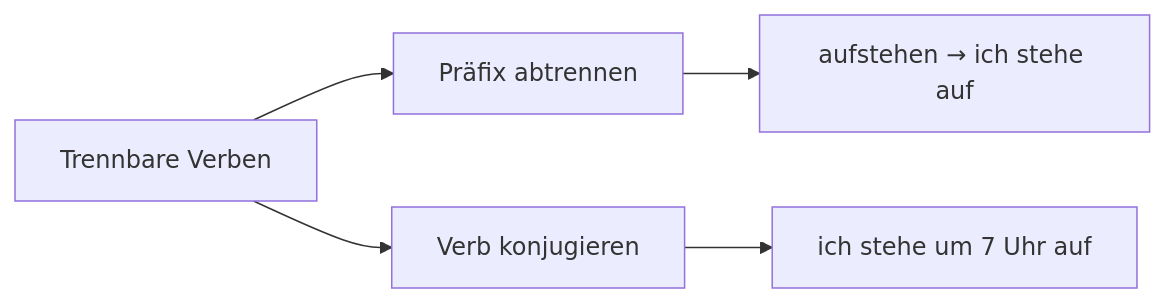
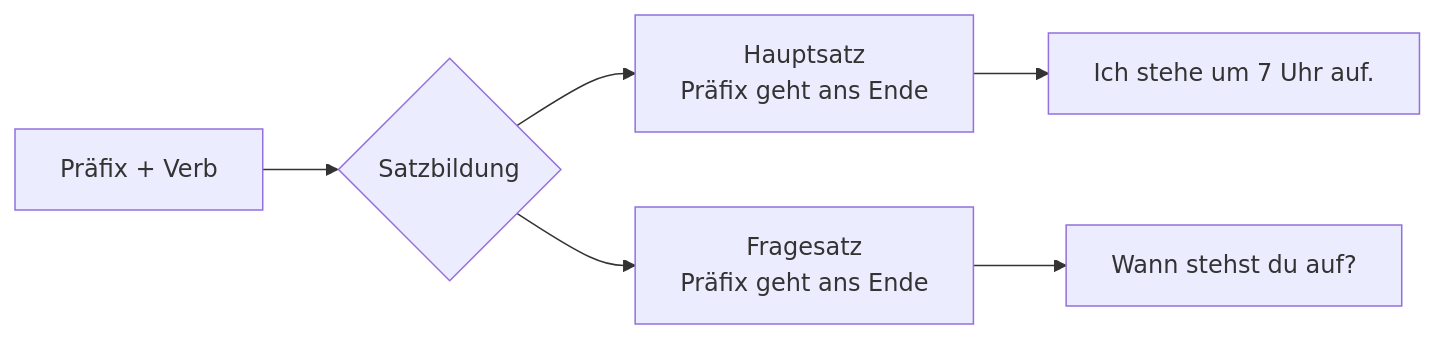
The second of 3 diagrams in docs/niveau/a1/grammatik.md (wulfnb/german), drawn with Mermaid before and after one commit. The commit also changed other lines of this file and 20 other files, not shown here.

````diff
--- a/docs/niveau/a1/grammatik.md
+++ b/docs/niveau/a1/grammatik.md
@@ -115,8 +69,9 @@
 ```mermaid
-graph LR
-    A[Trennbare Verben] --> B[Präfix abtrennen]
-    A --> C[Verb konjugieren]
+flowchart LR
+    A[Präfix + Verb] --> B{Satzbildung}
+    B --> C[Hauptsatz<br/>Präfix geht ans Ende]
+    B --> D[Fragesatz<br/>Präfix geht ans Ende]
     
-    B --> B1[aufstehen → ich stehe auf]
-    C --> C1[ich stehe um 7 Uhr auf]
+    C --> C1[Ich stehe um 7 Uhr auf.]
+    D --> D1[Wann stehst du auf?]
 ```
````
